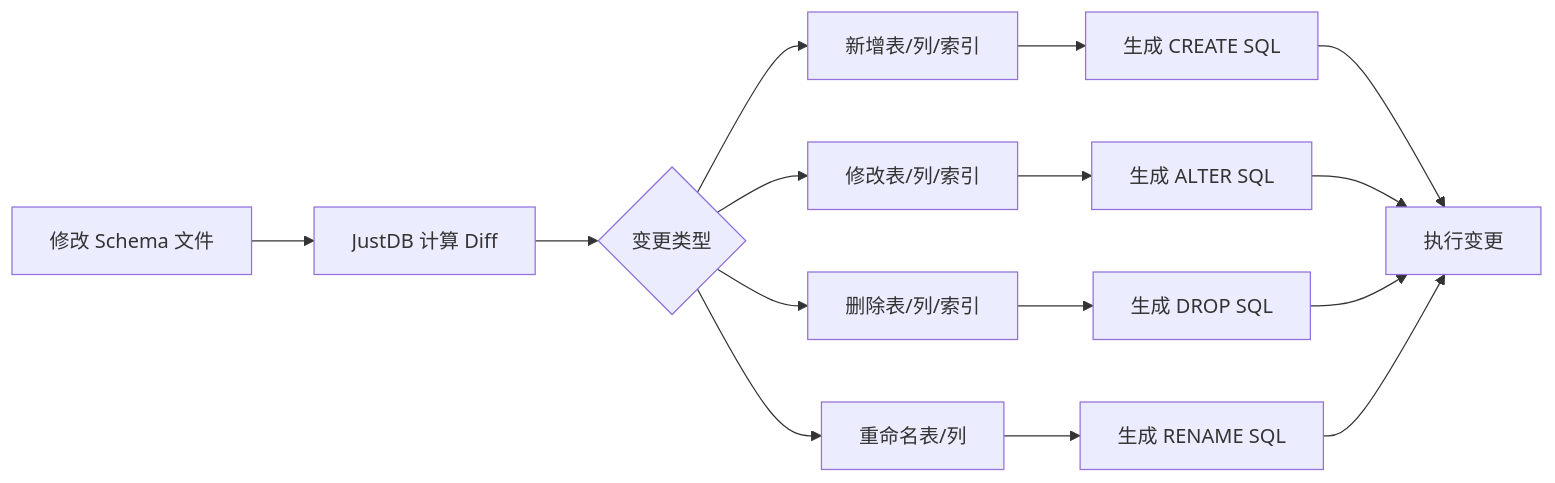
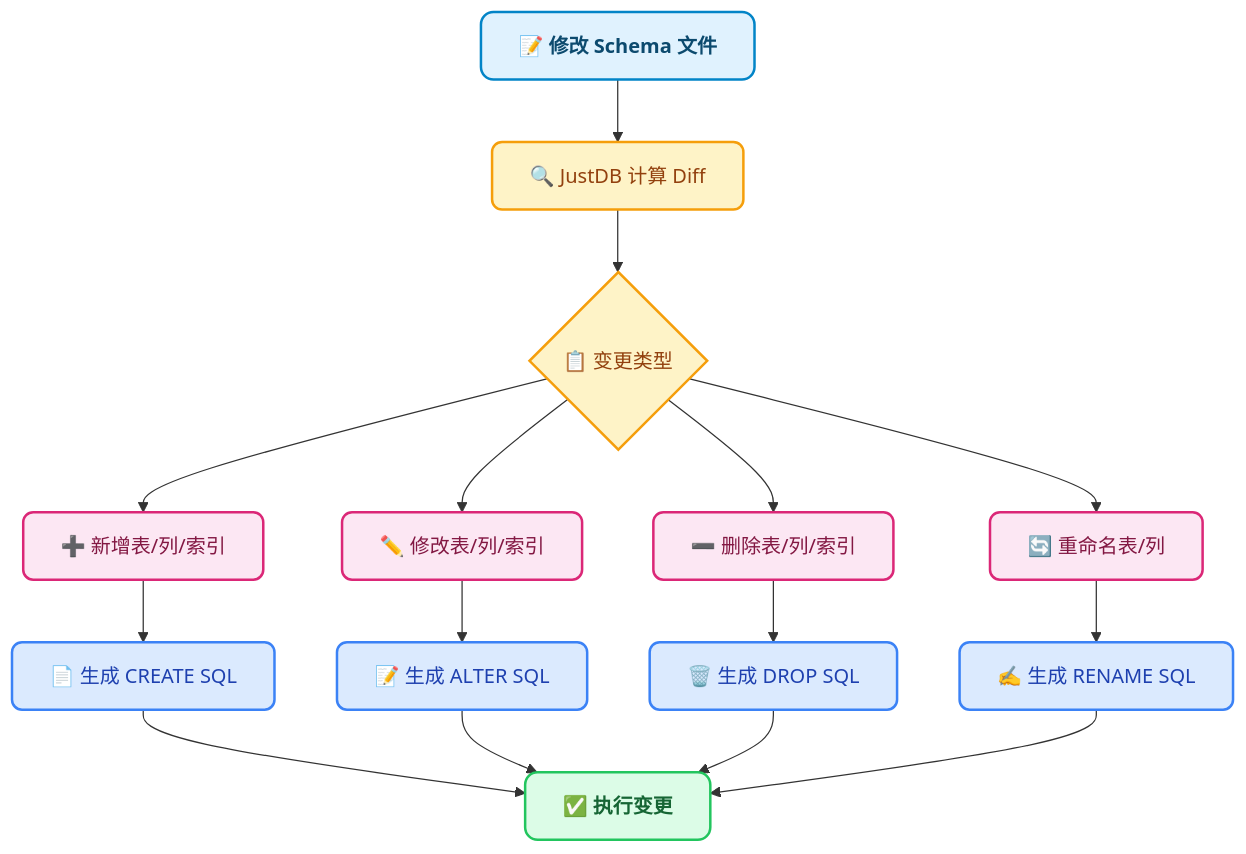
Before and after one commit to windli2018/justdb-docs-internal: the diagram in docs/guide/why-justdb.md, drawn with Mermaid. The commit also changed other lines of this file and 118 other files, not shown here.

````diff
--- a/docs/guide/why-justdb.md
+++ b/docs/guide/why-justdb.md
@@ -117,17 +109,42 @@
 ```mermaid
-flowchart LR
-    A[修改 Schema 文件] --> B[JustDB 计算 Diff]
-    B --> C{变更类型}
-    C --> D[新增表/列/索引]
-    C --> E[修改表/列/索引]
-    C --> F[删除表/列/索引]
-    C --> G[重命名表/列]
-    D --> H[生成 CREATE SQL]
-    E --> I[生成 ALTER SQL]
-    F --> J[生成 DROP SQL]
-    G --> K[生成 RENAME SQL]
-    H --> L[执行变更]
+flowchart TB
+    A[📝 修改 Schema 文件]
+    B[🔍 JustDB 计算 Diff]
+    C{📋 变更类型}
+    D[➕ 新增表/列/索引]
+    E[✏️ 修改表/列/索引]
+    F[➖ 删除表/列/索引]
+    G[🔄 重命名表/列]
+    H[📄 生成 CREATE SQL]
+    I[📝 生成 ALTER SQL]
+    J[🗑️ 生成 DROP SQL]
+    K[✍️ 生成 RENAME SQL]
+    L[✅ 执行变更]
+
+    A --> B
+    B --> C
+    C --> D
+    C --> E
+    C --> F
+    C --> G
+    D --> H
+    E --> I
+    F --> J
+    G --> K
+    H --> L
     I --> L
     J --> L
     K --> L
+
+    classDef startNode fill:#e0f2fe,stroke:#0284c7,stroke-width:2px,color:#0c4a6e,rx:10,font-weight:bold
+    classDef processNode fill:#fef3c7,stroke:#f59e0b,stroke-width:2px,color:#92400e,rx:8
+    classDef changeNode fill:#fce7f3,stroke:#db2777,stroke-width:2px,color:#831843,rx:8
+    classDef sqlNode fill:#dbeafe,stroke:#3b82f6,stroke-width:2px,color:#1e40af,rx:8
+    classDef endNode fill:#dcfce7,stroke:#22c55e,stroke-width:2px,color:#166534,rx:10,font-weight:bold
+
+    class A startNode
+    class B,C processNode
+    class D,E,F,G changeNode
+    class H,I,J,K sqlNode
+    class L endNode
 ```
````
